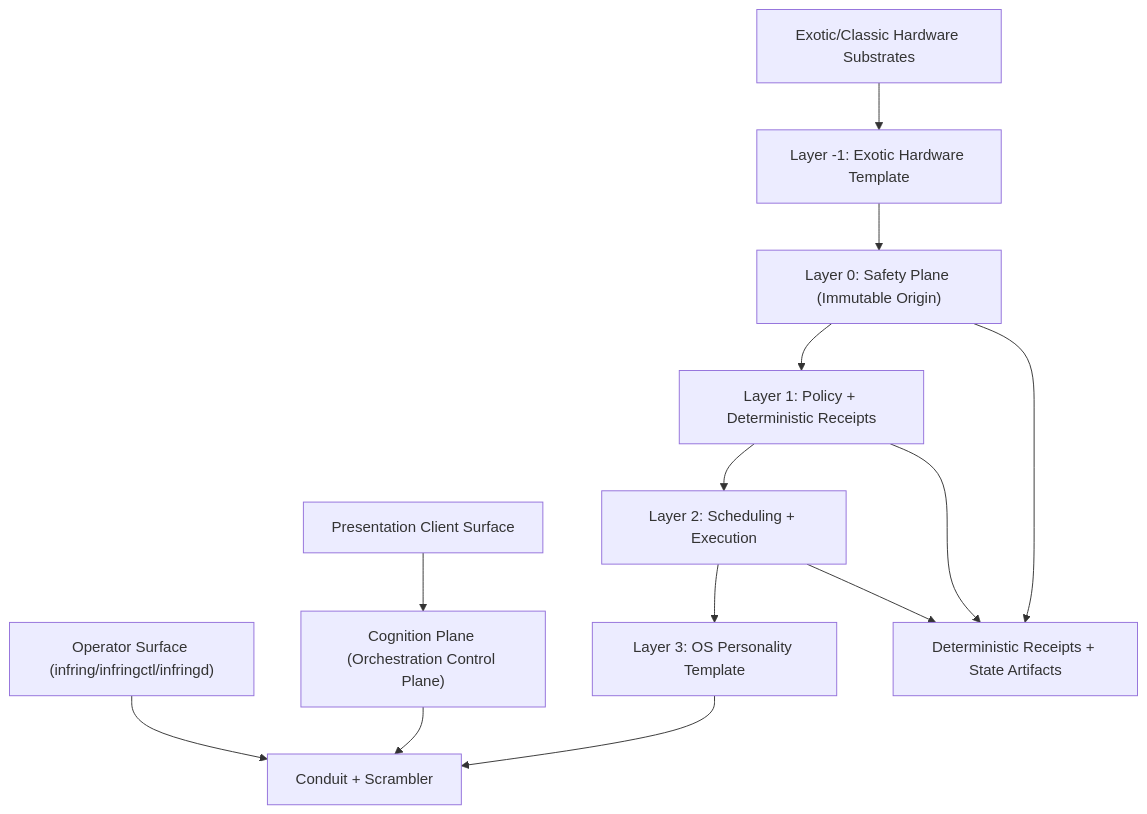
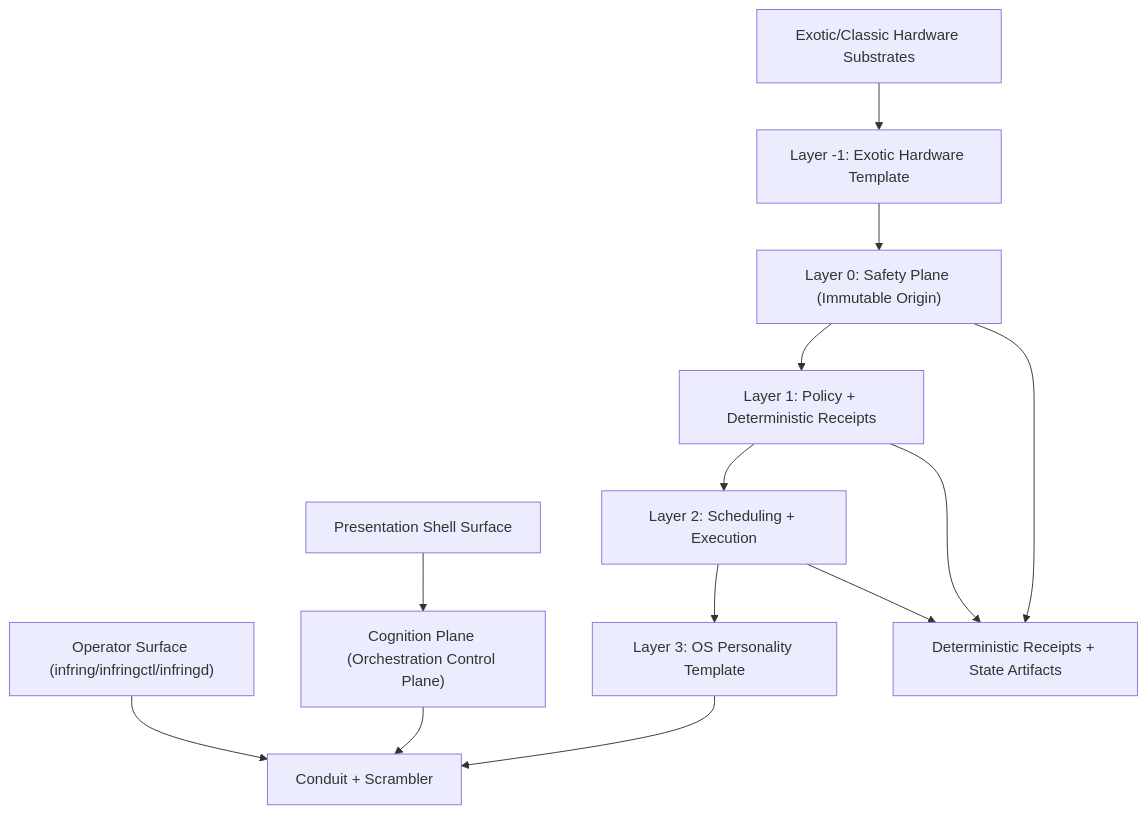
Before and after one commit to jakerslam/protheus: the diagram in ARCHITECTURE.md, drawn with Mermaid. The commit also changed other lines of this file and 10 other files, not shown here.

Commit message:
docs: rebrand presentation client terminology to shell

````diff
--- a/ARCHITECTURE.md
+++ b/ARCHITECTURE.md
@@ -197,27 +198,27 @@
 ```mermaid
 flowchart TB
     SUBSTRATE["Exotic/Classic Hardware Substrates"]
     LNEG1["Layer -1: Exotic Hardware Template"]
     L0["Layer 0: Safety Plane (Immutable Origin)"]
     L1["Layer 1: Policy + Deterministic Receipts"]
     L2["Layer 2: Scheduling + Execution"]
     L3["Layer 3: OS Personality Template"]
     CONDUIT["Conduit + Scrambler"]
     ORCH["Cognition Plane (Orchestration Control Plane)"]
-    UI["Presentation Client Surface"]
+    UI["Presentation Shell Surface"]
     CLI["Operator Surface (infring/infringctl/infringd)"]
     RECEIPTS["Deterministic Receipts + State Artifacts"]
 
     SUBSTRATE --> LNEG1
     LNEG1 --> L0
     L0 --> L1
     L1 --> L2
     L2 --> L3
     L3 --> CONDUIT
     ORCH --> CONDUIT
     UI --> ORCH
     CLI --> CONDUIT
     L0 --> RECEIPTS
     L1 --> RECEIPTS
     L2 --> RECEIPTS
 ```
````
